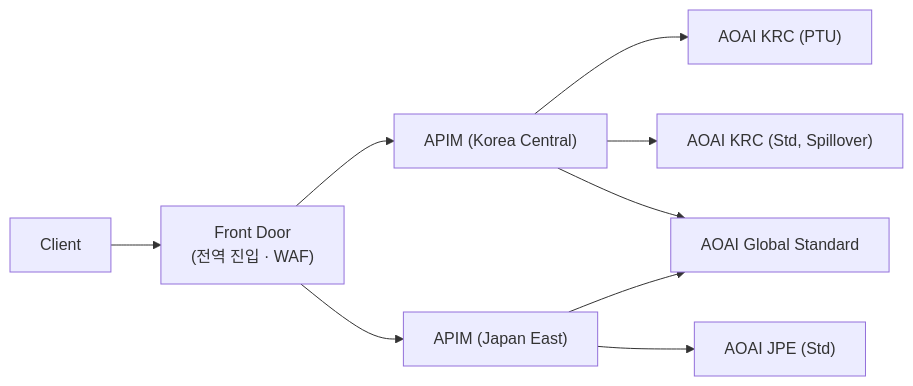
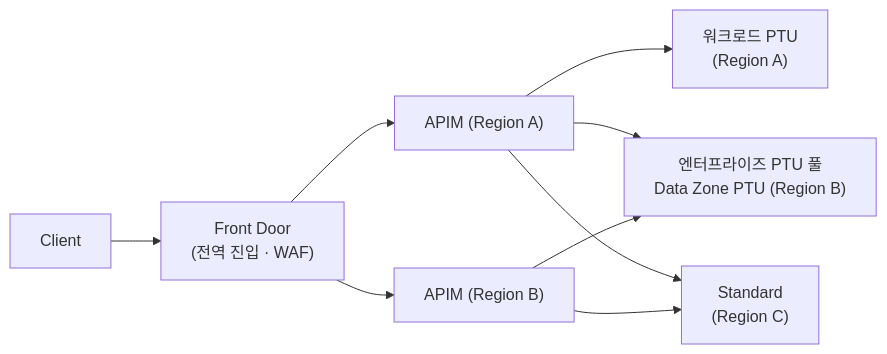
Before and after one commit to yunkyoungaum/aoai-onboarding-guide: the fourth of 4 diagrams in guides/03-aoai-high-availability/source.md, drawn with Mermaid. The commit also changed other lines of this file and 1 other file, not shown here.

````diff
--- a/guides/03-aoai-high-availability/source.md
+++ b/guides/03-aoai-high-availability/source.md
@@ -634,11 +762,11 @@
 ```mermaid
 flowchart LR
     U["Client"] --> FD["Front Door<br/>(전역 진입 · WAF)"]
-    FD --> P1["APIM (Korea Central)"]
-    FD --> P2["APIM (Japan East)"]
-    P1 --> K1["AOAI KRC (PTU)"]
-    P1 --> K2["AOAI KRC (Std, Spillover)"]
-    P2 --> J1["AOAI JPE (Std)"]
-    P1 --> G1["AOAI Global Standard"]
-    P2 --> G1
+    FD --> P1["APIM (Region A)"]
+    FD --> P2["APIM (Region B)"]
+    P1 --> W1["워크로드 PTU<br/>(Region A)"]
+    P1 --> E1["엔터프라이즈 PTU 풀<br/>Data Zone PTU (Region B)"]
+    P2 --> E1
+    P1 --> S1["Standard<br/>(Region C)"]
+    P2 --> S1
 ```
````
